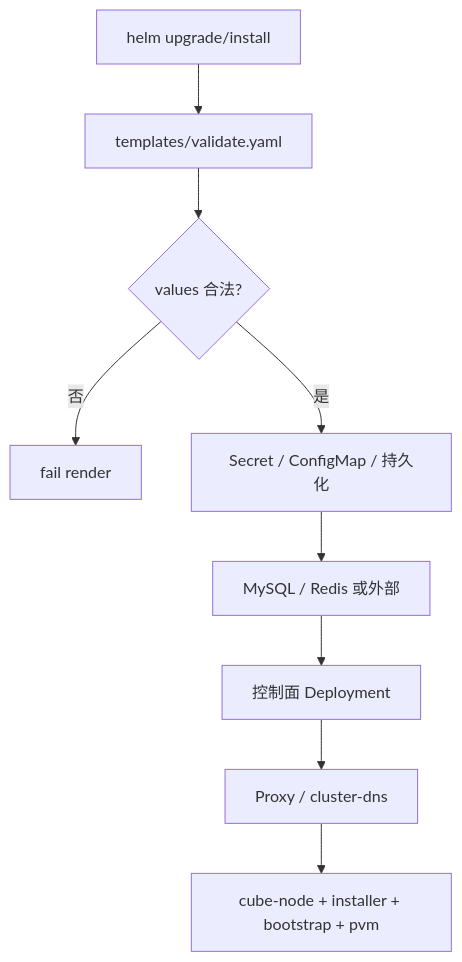
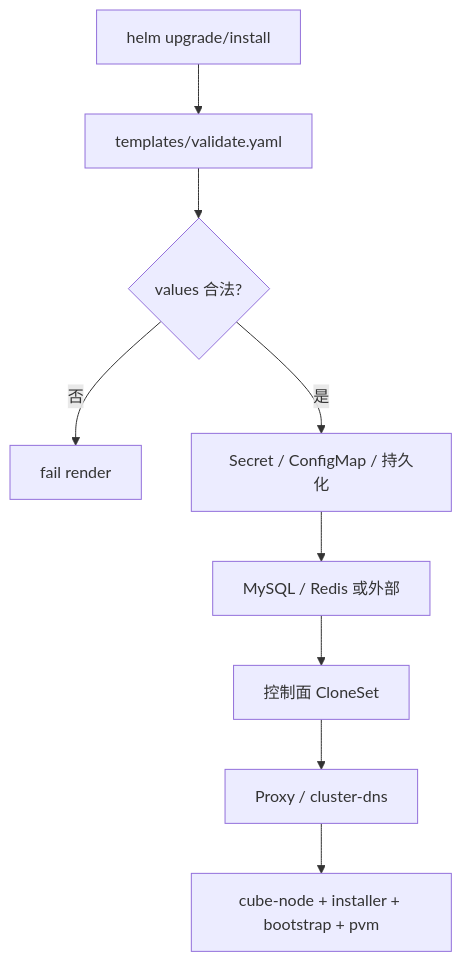
One commit to TencentCloud/CubeSandbox changed the third of 9 diagrams in deploy/kubernetes/chart/docs/ARCHITECTURE.md. Above: the diagram before and after it, drawn with Mermaid. The commit also changed other lines of this file and 53 other files, not shown here.

First line of the commit message:
feat(kubernetes): add Helm chart enhancements with preflight checks and single-node support

````diff
--- a/deploy/kubernetes/chart/docs/ARCHITECTURE.md
+++ b/deploy/kubernetes/chart/docs/ARCHITECTURE.md
@@ -201,11 +206,11 @@
 ```mermaid
 flowchart TD
   A["helm upgrade/install"] --> B["templates/validate.yaml"]
   B --> C{"values 合法?"}
   C -- 否 --> X["fail render"]
   C -- 是 --> D["Secret / ConfigMap / 持久化"]
   D --> E["MySQL / Redis 或外部"]
-  E --> F["控制面 Deployment"]
+  E --> F["控制面 CloneSet"]
   F --> G["Proxy / cluster-dns"]
   G --> H["cube-node + installer + bootstrap + pvm"]
 ```
````
